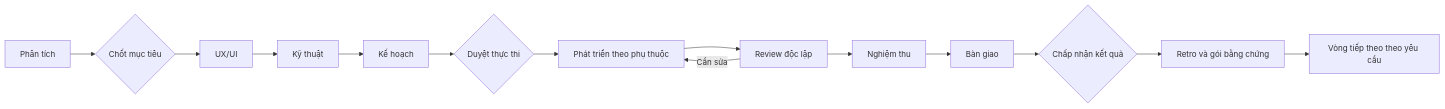
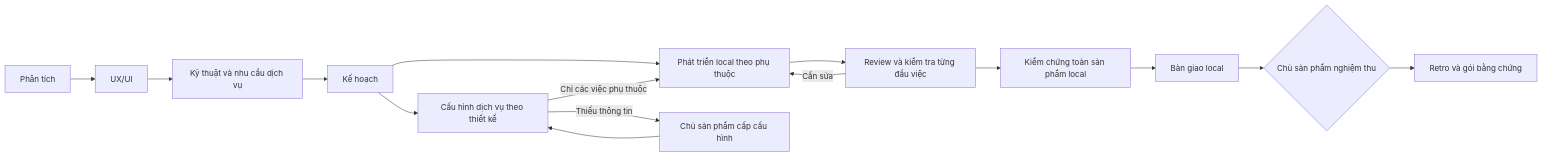
The diagram in docs/WORKFLOW.md (hpvdev/product-cycle), drawn with Mermaid before and after one commit. The commit also changed other lines of this file and 25 other files, not shown here.

````diff
--- a/docs/WORKFLOW.md
+++ b/docs/WORKFLOW.md
@@ -5,16 +5,17 @@
 ```mermaid
 flowchart LR
- A[Phân tích] --> G1{Chốt mục tiêu}
- G1 --> D[UX/UI]
- D --> T[Kỹ thuật]
+ A[Phân tích] --> D[UX/UI]
+ D --> T[Kỹ thuật và nhu cầu dịch vụ]
  T --> P[Kế hoạch]
- P --> G2{Duyệt thực thi}
- G2 --> B[Phát triển theo phụ thuộc]
- B --> R[Review độc lập]
- R --> V[Nghiệm thu]
- V --> H[Bàn giao]
- H --> G3{Chấp nhận kết quả}
- G3 --> E[Retro và gói bằng chứng]
+ P --> B[Phát triển local theo phụ thuộc]
+ P --> S[Cấu hình dịch vụ theo thiết kế]
+ S -->|Chỉ các việc phụ thuộc| B
+ S -->|Thiếu thông tin| U[Chủ sản phẩm cấp cấu hình]
+ U --> S
+ B --> R[Review và kiểm tra từng đầu việc]
  R -->|Cần sửa| B
- E --> N[Vòng tiếp theo theo yêu cầu]
+ R --> V[Kiểm chứng toàn sản phẩm local]
+ V --> H[Bàn giao local]
+ H --> G{Chủ sản phẩm nghiệm thu}
+ G --> E[Retro và gói bằng chứng]
 ```
````
